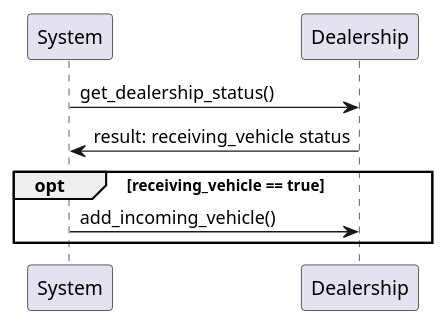
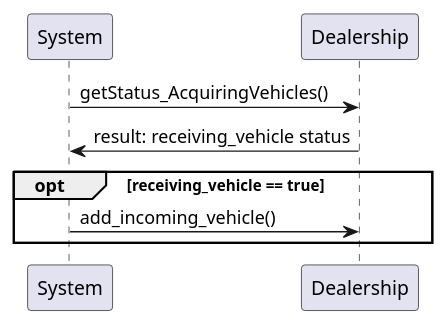
The diagram in UMLdiagrams/Sequence_Add_Incoming_Vehicle.puml (csengelhart/Car-Dealership-Tracking), drawn with PlantUML before and after one commit. The commit also changed other lines of this file and 1 other file, not shown here.

Commit message:
Updated sequence diagram method names

```diff
--- a/UMLdiagrams/Sequence_Add_Incoming_Vehicle.puml
+++ b/UMLdiagrams/Sequence_Add_Incoming_Vehicle.puml
@@ -1,10 +2,10 @@
 @startuml
 
 
-System -> Dealership: get_dealership_status()
+System -> Dealership: getStatus_AcquiringVehicles()
 System <- Dealership: result: receiving_vehicle status
     opt receiving_vehicle == true
         System -> Dealership: add_incoming_vehicle()
     end opt
 
 @enduml
```
